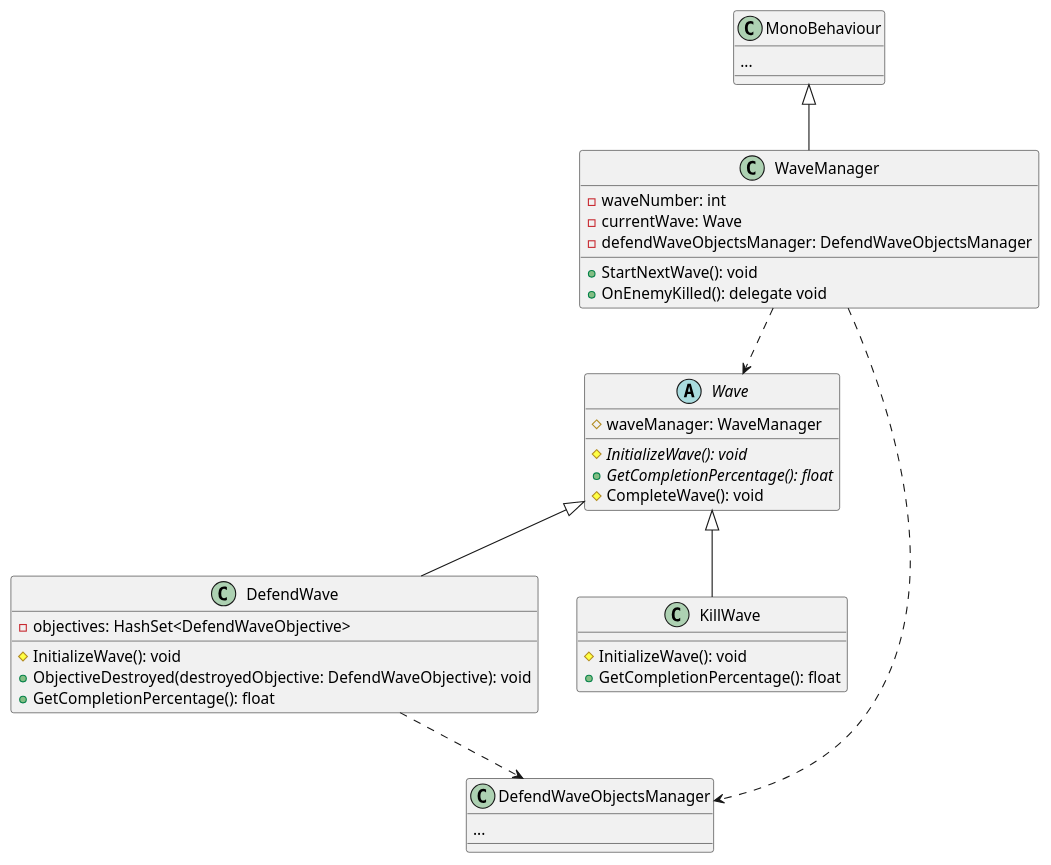
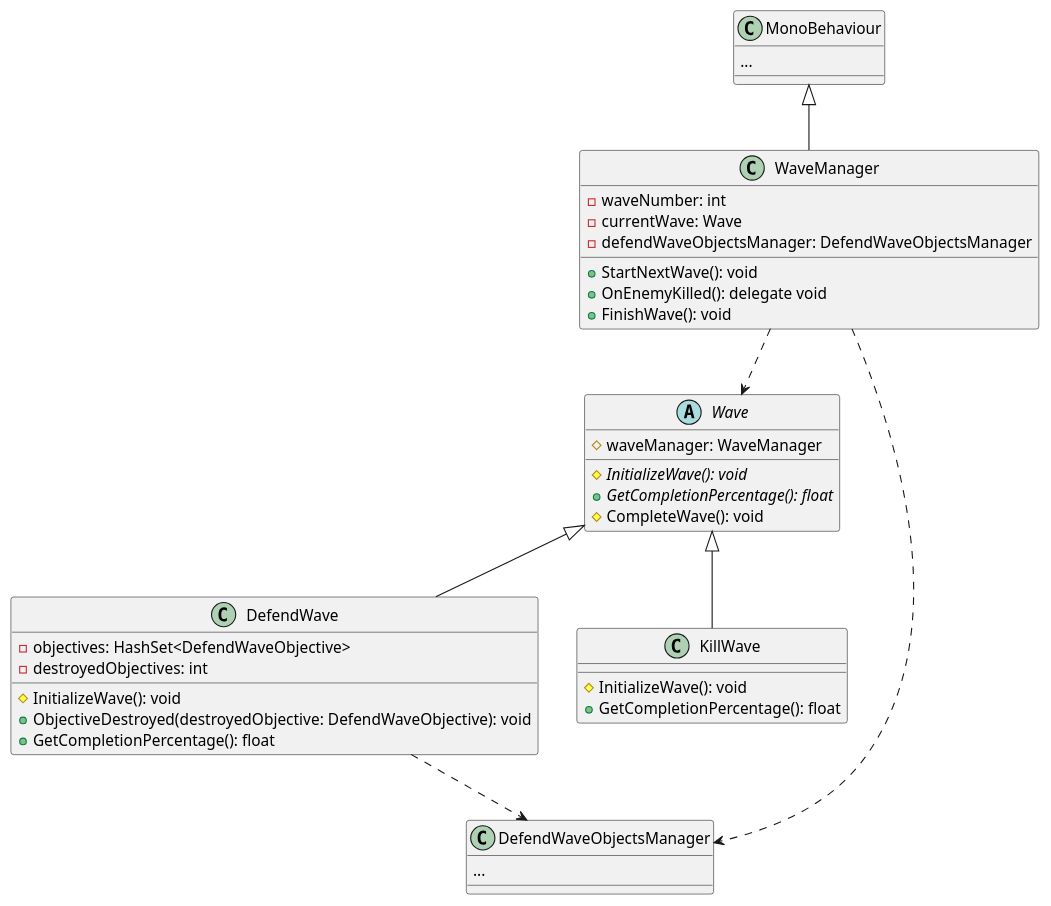
The diagram in ARCH/ARCH_WaveSystem.pu (OFCLeoS/dcs-unity-URG), drawn with PlantUML before and after one commit. The commit also changed 2 other files, not shown here.

Commit message:
20:refactor(wave): Small refactoring on the Wave system

```diff
--- a/ARCH/ARCH_WaveSystem.pu
+++ b/ARCH/ARCH_WaveSystem.pu
@@ -1,50 +1,52 @@
 @startuml Wave System
 
 class MonoBehaviour {
     ...
 }
 
 class WaveManager {
 - waveNumber: int
 - currentWave: Wave
 - defendWaveObjectsManager: DefendWaveObjectsManager
 
 + StartNextWave(): void
 + OnEnemyKilled(): delegate void
++ FinishWave(): void
 }
 
 abstract class Wave {
 # waveManager: WaveManager
 
 {abstract} # InitializeWave(): void
 {abstract} + GetCompletionPercentage(): float
 # CompleteWave(): void
 }
 
 class DefendWave {
 - objectives: HashSet<DefendWaveObjective>
+- destroyedObjectives: int
 
 # InitializeWave(): void
 + ObjectiveDestroyed(destroyedObjective: DefendWaveObjective): void
 + GetCompletionPercentage(): float
 }
 
 class DefendWaveObjectsManager {
 ...
 }
 
 class KillWave {
 
 # InitializeWave(): void
 + GetCompletionPercentage(): float
 }
 
 ' WaveManager uses Waves
 WaveManager ..> Wave
 WaveManager ..> DefendWaveObjectsManager
 DefendWave ..> DefendWaveObjectsManager
 
 Wave <|-- DefendWave
 Wave <|-- KillWave
 MonoBehaviour <|-- WaveManager
 @enduml
```
